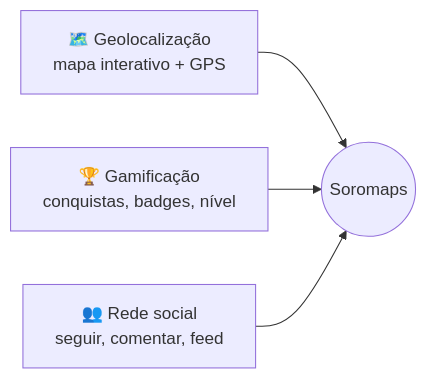
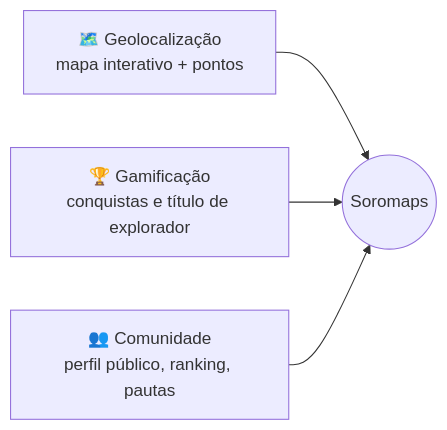
Before and after one commit to stxrdust999/soromaps: the first of 2 diagrams in docs/wiki/01-visao-geral.md, drawn with Mermaid. The commit also changed other lines of this file and 18 other files, not shown here.

````diff
--- a/docs/wiki/01-visao-geral.md
+++ b/docs/wiki/01-visao-geral.md
@@ -7,6 +7,6 @@
 ```mermaid
 flowchart LR
-    GEO["🗺️ Geolocalização<br/>mapa interativo + GPS"] --> APP(("Soromaps"))
-    GAM["🏆 Gamificação<br/>conquistas, badges, nível"] --> APP
-    SOC["👥 Rede social<br/>seguir, comentar, feed"] --> APP
+    GEO["🗺️ Geolocalização<br/>mapa interativo + pontos"] --> APP(("Soromaps"))
+    GAM["🏆 Gamificação<br/>conquistas e título de explorador"] --> APP
+    COM["👥 Comunidade<br/>perfil público, ranking, pautas"] --> APP
 ```
````
